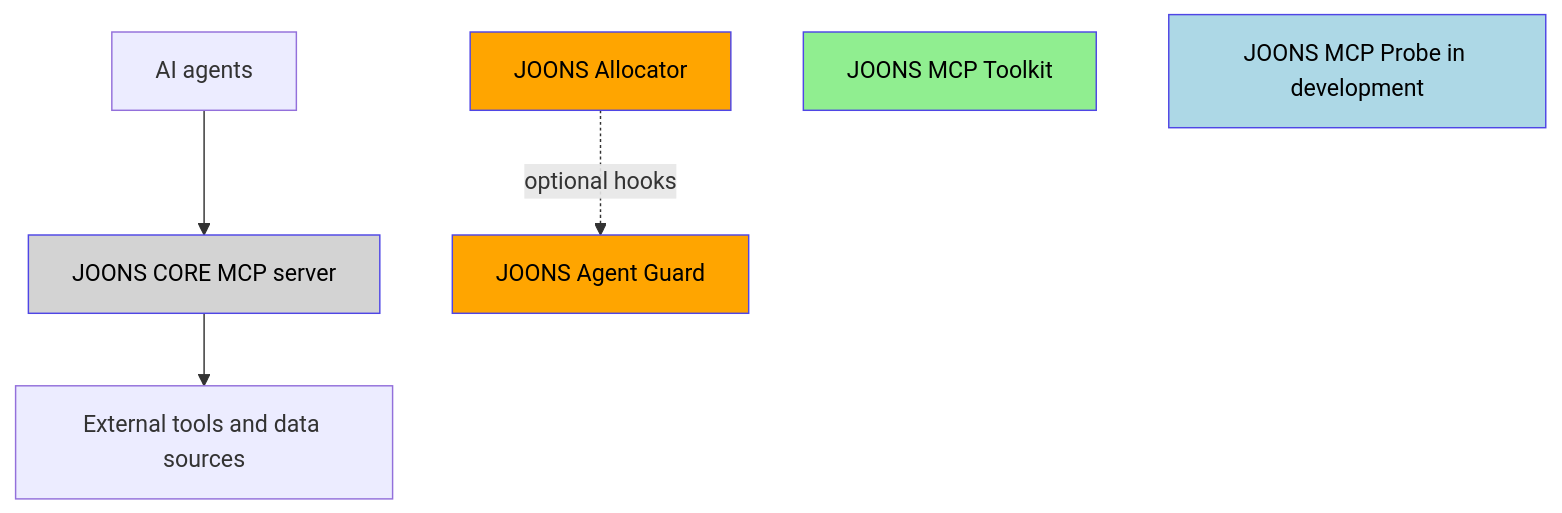
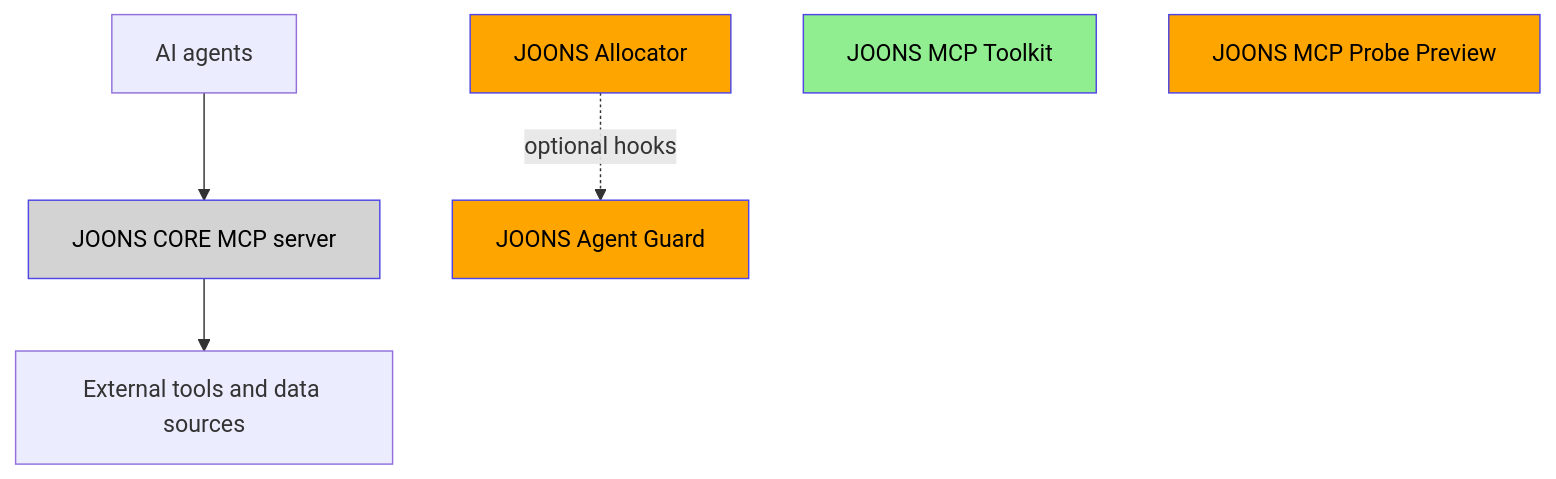
The diagram in README.ko.md (dbdefault/joons-ecosystem), drawn with Mermaid before and after one commit. The commit also changed other lines of this file and 6 other files, not shown here.

Commit message:
Docs: JOONS MCP Probe v0.1.0 Preview is public

````diff
--- a/README.ko.md
+++ b/README.ko.md
@@ -28,16 +28,16 @@
 ```mermaid
 flowchart TD
     Agent["AI agents"] --> CORE["JOONS CORE MCP server"]
     CORE --> External["External tools and data sources"]
     Allocator["JOONS Allocator"] -. "optional hooks" .-> Guard["JOONS Agent Guard"]
     Toolkit["JOONS MCP Toolkit"]
-    Probe["JOONS MCP Probe in development"]
+    Probe["JOONS MCP Probe Preview"]
     classDef private fill:#d3d3d3,stroke:#4F46E5,color:#000
     classDef public fill:#90ee90,stroke:#4F46E5,color:#000
     classDef preview fill:#ffa500,stroke:#4F46E5,color:#000
     classDef planned fill:#add8e6,stroke:#4F46E5,color:#000
     class CORE private
     class Toolkit public
     class Guard,Allocator preview
-    class Probe planned
+    class Probe preview
 ```
````
